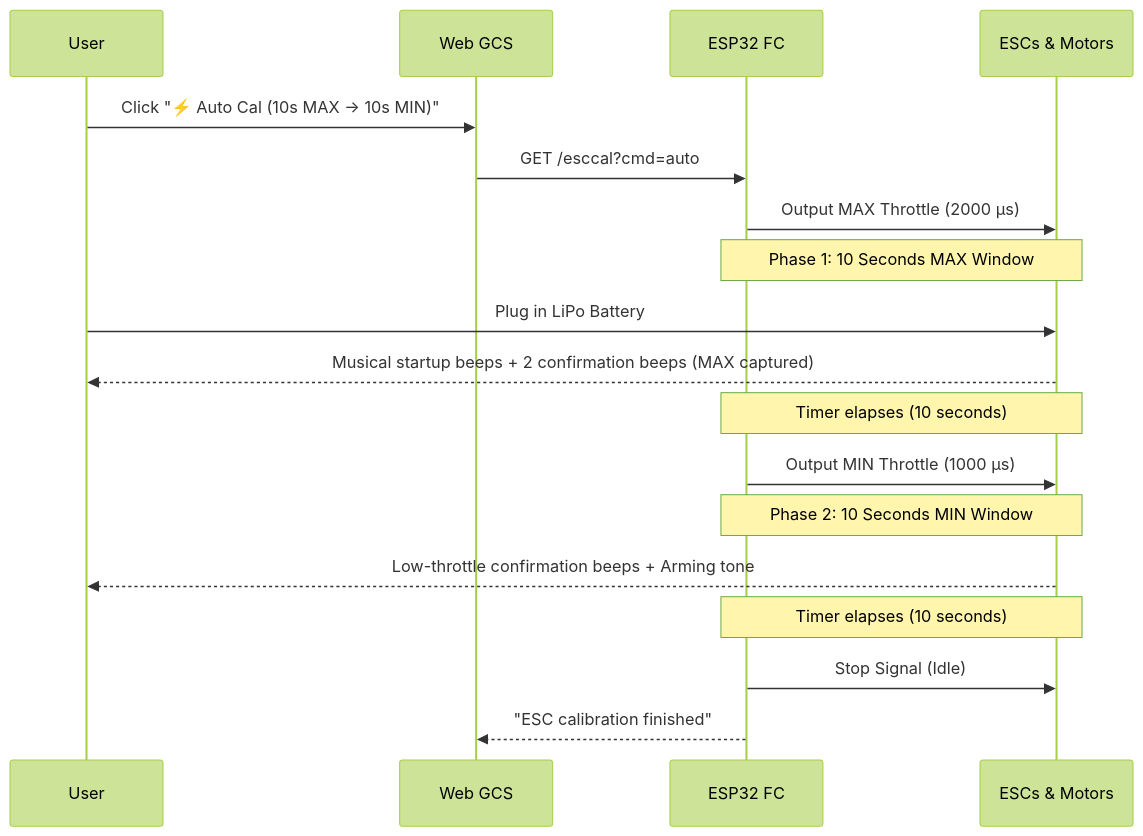
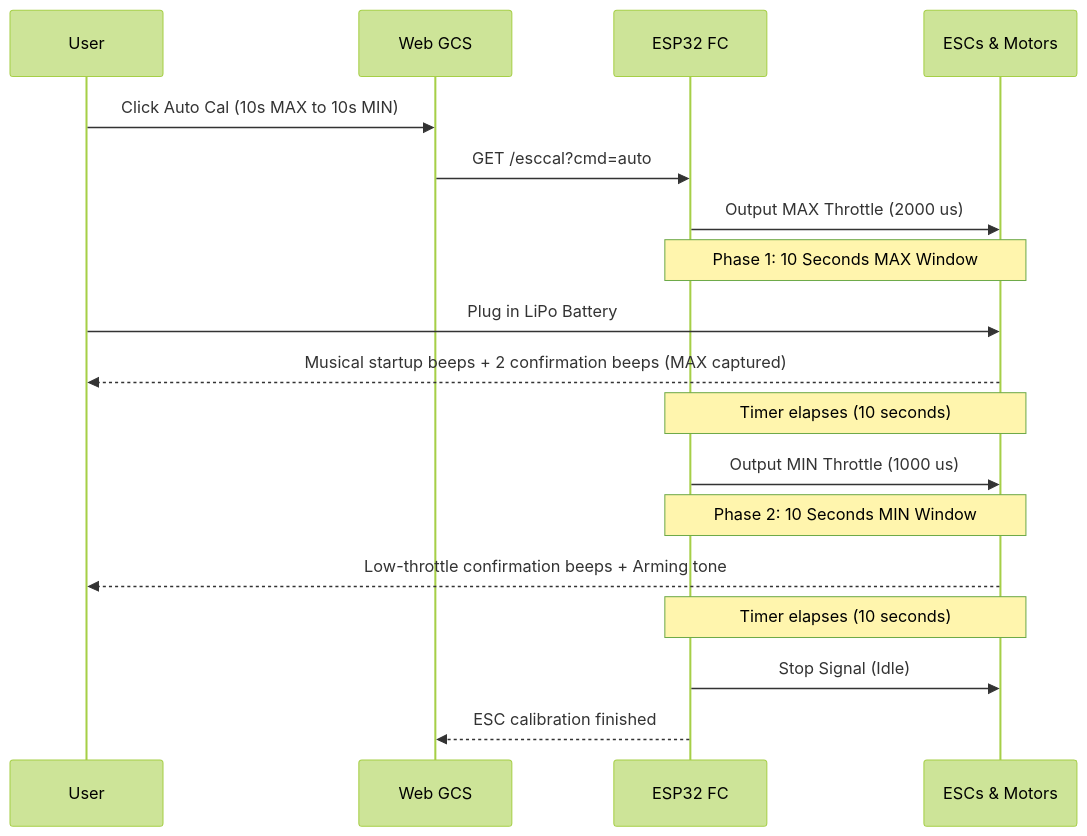
Before and after one commit to SouravApiDev/esp32-flight-controller: the third of 3 diagrams in README.md, drawn with Mermaid (forest theme). The commit also changed other lines of this file, not shown here.

````diff
--- a/README.md
+++ b/README.md
@@ -292,21 +292,21 @@
 ```mermaid
 sequenceDiagram
     participant User
     participant WebUI as Web GCS
     participant FC as ESP32 FC
     participant ESC as ESCs & Motors
 
-    User->>WebUI: Click "⚡ Auto Cal (10s MAX → 10s MIN)"
+    User->>WebUI: Click Auto Cal (10s MAX to 10s MIN)
     WebUI->>FC: GET /esccal?cmd=auto
-    FC->>ESC: Output MAX Throttle (2000 µs)
+    FC->>ESC: Output MAX Throttle (2000 us)
     Note over FC,ESC: Phase 1: 10 Seconds MAX Window
     User->>ESC: Plug in LiPo Battery
     ESC-->>User: Musical startup beeps + 2 confirmation beeps (MAX captured)
     Note over FC,ESC: Timer elapses (10 seconds)
-    FC->>ESC: Output MIN Throttle (1000 µs)
+    FC->>ESC: Output MIN Throttle (1000 us)
     Note over FC,ESC: Phase 2: 10 Seconds MIN Window
     ESC-->>User: Low-throttle confirmation beeps + Arming tone
     Note over FC,ESC: Timer elapses (10 seconds)
     FC->>ESC: Stop Signal (Idle)
-    FC-->>WebUI: "ESC calibration finished"
+    FC-->>WebUI: ESC calibration finished
 ```
````
